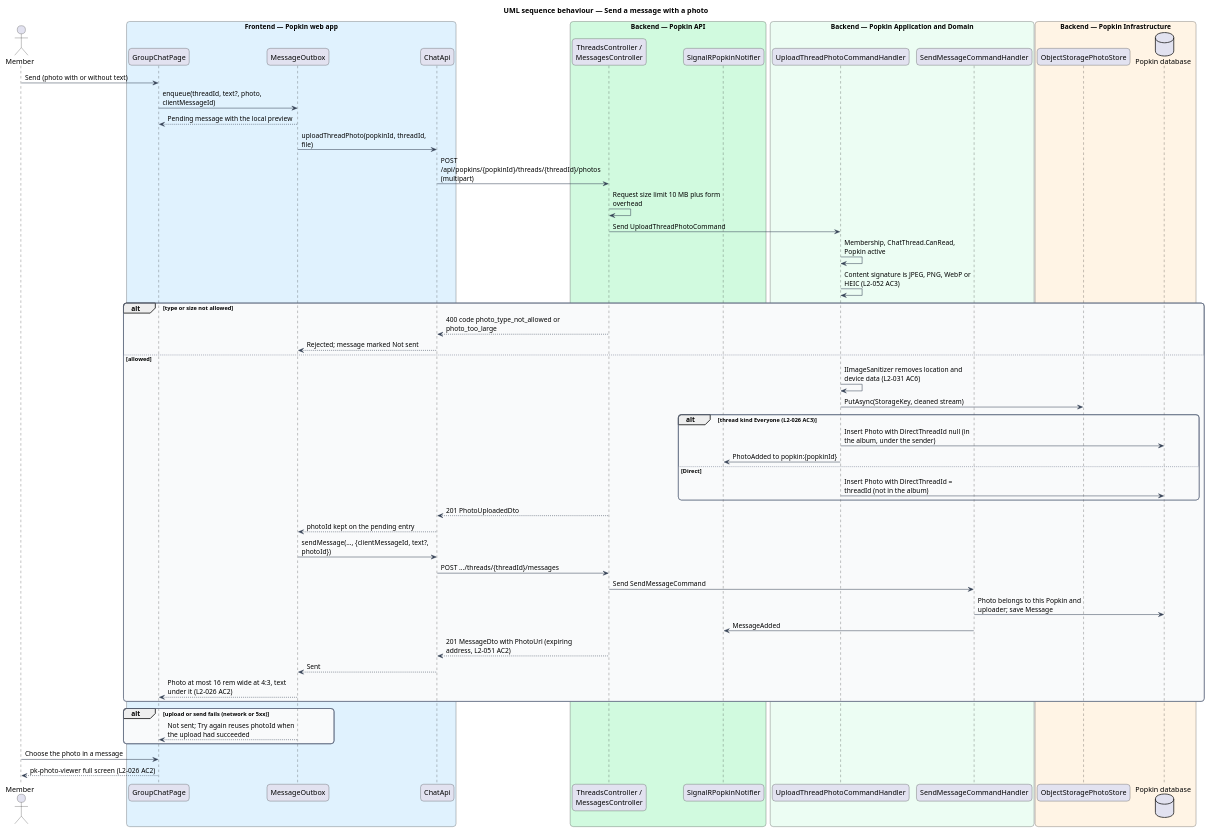
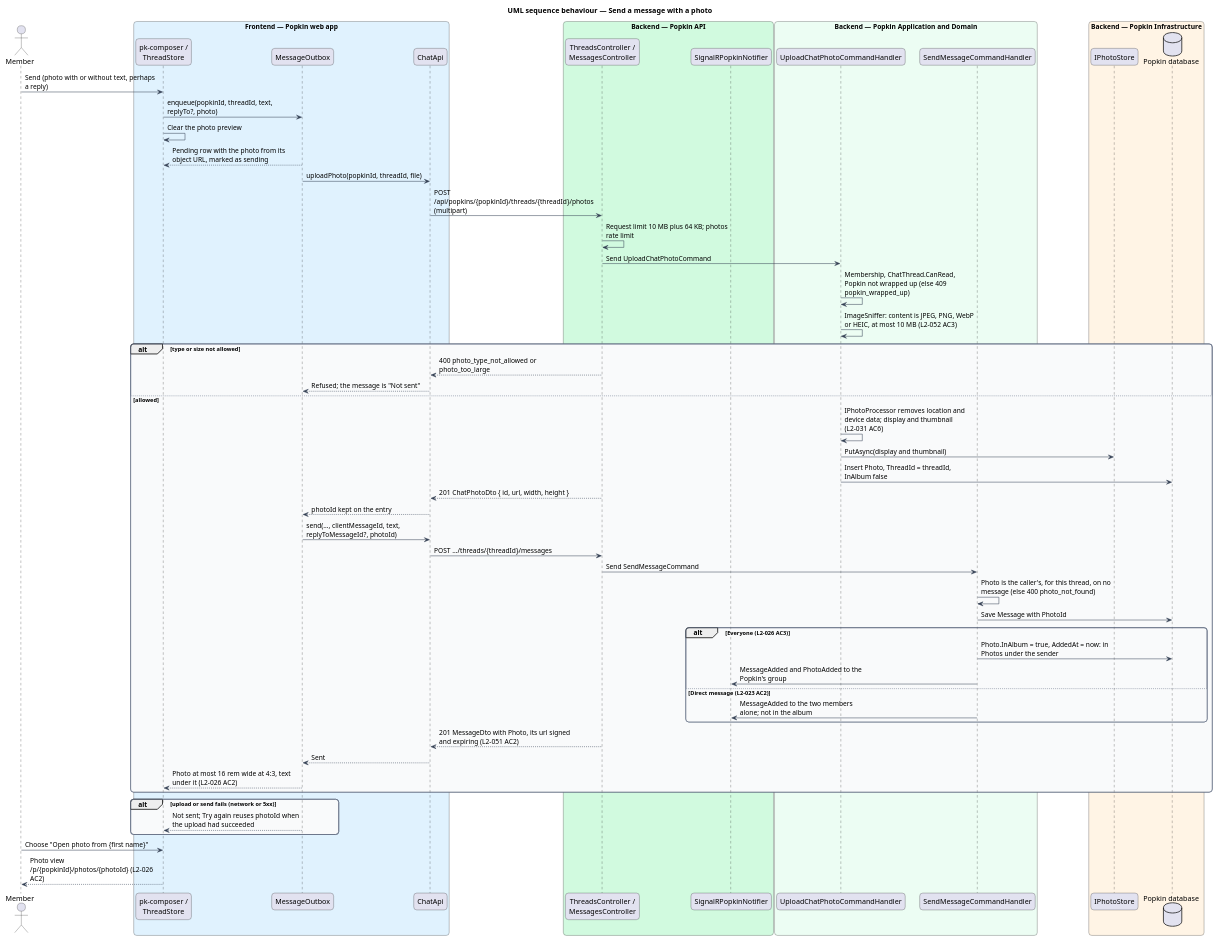
The diagram in docs/detailed-designs/chat/send-photos-in-chat/diagrams/sequence-send-photo-message.puml (QuinntyneBrown/popkin), drawn with PlantUML before and after one commit. The commit also changed 10 other files, not shown here.

First line of the commit message:
Settle the design of sending photos in chat

```diff
--- a/docs/detailed-designs/chat/send-photos-in-chat/diagrams/sequence-send-photo-message.puml
+++ b/docs/detailed-designs/chat/send-photos-in-chat/diagrams/sequence-send-photo-message.puml
@@ -1,74 +1,76 @@
 @startuml
 title UML sequence behaviour — Send a message with a photo
 skinparam backgroundColor #FFFFFF
 skinparam shadowing false
 skinparam roundcorner 12
 skinparam defaultFontName Arial
 skinparam ArrowColor #344054
 skinparam maxMessageSize 260
 skinparam rectangle {
   BorderColor #344054
   FontColor #101828
 }
 skinparam package {
   BorderColor #667085
   FontColor #101828
   BackgroundColor #F9FAFB
 }
 
 actor "Member" as actor
 box "Frontend — Popkin web app" #E0F2FE
-  participant "GroupChatPage" as page
+  participant "pk-composer /\nThreadStore" as page
   participant "MessageOutbox" as outbox
   participant "ChatApi" as client
 end box
 box "Backend — Popkin API" #D1FADF
   participant "ThreadsController /\nMessagesController" as controller
   participant "SignalRPopkinNotifier" as notifier
 end box
 box "Backend — Popkin Application and Domain" #ECFDF3
-  participant "UploadThreadPhotoCommandHandler" as handler
+  participant "UploadChatPhotoCommandHandler" as handler
   participant "SendMessageCommandHandler" as send
 end box
 box "Backend — Popkin Infrastructure" #FFF4E5
-  participant "ObjectStoragePhotoStore" as photos
+  participant "IPhotoStore" as photos
   database "Popkin database" as db
 end box
-actor -> page : Send (photo with or without text)
-page -> outbox : enqueue(threadId, text?, photo, clientMessageId)
-outbox --> page : Pending message with the local preview
-outbox -> client : uploadThreadPhoto(popkinId, threadId, file)
+actor -> page : Send (photo with or without text, perhaps a reply)
+page -> outbox : enqueue(popkinId, threadId, text, replyTo?, photo)
+page -> page : Clear the photo preview
+outbox --> page : Pending row with the photo from its object URL, marked as sending
+outbox -> client : uploadPhoto(popkinId, threadId, file)
 client -> controller : POST /api/popkins/{popkinId}/threads/{threadId}/photos (multipart)
-controller -> controller : Request size limit 10 MB plus form overhead
-controller -> handler : Send UploadThreadPhotoCommand
-handler -> handler : Membership, ChatThread.CanRead, Popkin active
-handler -> handler : Content signature is JPEG, PNG, WebP or HEIC (L2-052 AC3)
+controller -> controller : Request limit 10 MB plus 64 KB; photos rate limit
+controller -> handler : Send UploadChatPhotoCommand
+handler -> handler : Membership, ChatThread.CanRead, Popkin not wrapped up (else 409 popkin_wrapped_up)
+handler -> handler : ImageSniffer: content is JPEG, PNG, WebP or HEIC, at most 10 MB (L2-052 AC3)
 alt type or size not allowed
-  controller --> client : 400 code photo_type_not_allowed or photo_too_large
-  client --> outbox : Rejected; message marked Not sent
+  controller --> client : 400 photo_type_not_allowed or photo_too_large
+  client --> outbox : Refused; the message is "Not sent"
 else allowed
-  handler -> handler : IImageSanitizer removes location and device data (L2-031 AC6)
-  handler -> photos : PutAsync(StorageKey, cleaned stream)
-  alt thread kind Everyone (L2-026 AC3)
-    handler -> db : Insert Photo with DirectThreadId null (in the album, under the sender)
-    handler -> notifier : PhotoAdded to popkin:{popkinId}
-  else Direct
-    handler -> db : Insert Photo with DirectThreadId = threadId (not in the album)
+  handler -> handler : IPhotoProcessor removes location and device data; display and thumbnail (L2-031 AC6)
+  handler -> photos : PutAsync(display and thumbnail)
+  handler -> db : Insert Photo, ThreadId = threadId, InAlbum false
+  controller --> client : 201 ChatPhotoDto { id, url, width, height }
+  client --> outbox : photoId kept on the entry
+  outbox -> client : send(…, clientMessageId, text, replyToMessageId?, photoId)
+  client -> controller : POST …/threads/{threadId}/messages
+  controller -> send : Send SendMessageCommand
+  send -> send : Photo is the caller's, for this thread, on no message (else 400 photo_not_found)
+  send -> db : Save Message with PhotoId
+  alt Everyone (L2-026 AC3)
+    send -> db : Photo.InAlbum = true, AddedAt = now: in Photos under the sender
+    send -> notifier : MessageAdded and PhotoAdded to the Popkin's group
+  else Direct message (L2-023 AC2)
+    send -> notifier : MessageAdded to the two members alone; not in the album
   end
-  controller --> client : 201 PhotoUploadedDto
-  client --> outbox : photoId kept on the pending entry
-  outbox -> client : sendMessage(..., {clientMessageId, text?, photoId})
-  client -> controller : POST .../threads/{threadId}/messages
-  controller -> send : Send SendMessageCommand
-  send -> db : Photo belongs to this Popkin and uploader; save Message
-  send -> notifier : MessageAdded
-  controller --> client : 201 MessageDto with PhotoUrl (expiring address, L2-051 AC2)
+  controller --> client : 201 MessageDto with Photo, its url signed and expiring (L2-051 AC2)
   client --> outbox : Sent
   outbox --> page : Photo at most 16 rem wide at 4:3, text under it (L2-026 AC2)
 end
 alt upload or send fails (network or 5xx)
   outbox --> page : Not sent; Try again reuses photoId when the upload had succeeded
 end
-actor -> page : Choose the photo in a message
-page --> actor : pk-photo-viewer full screen (L2-026 AC2)
+actor -> page : Choose "Open photo from {first name}"
+page --> actor : Photo view /p/{popkinId}/photos/{photoId} (L2-026 AC2)
 @enduml
```
